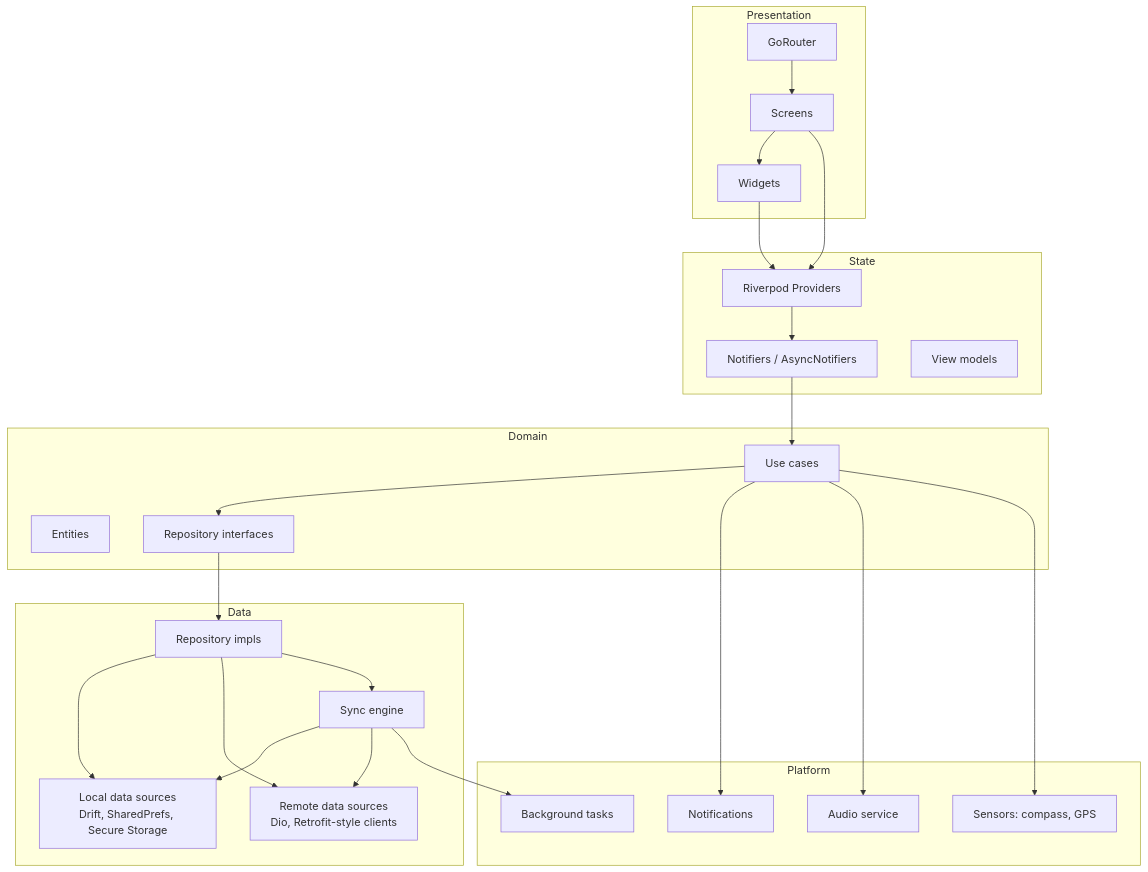
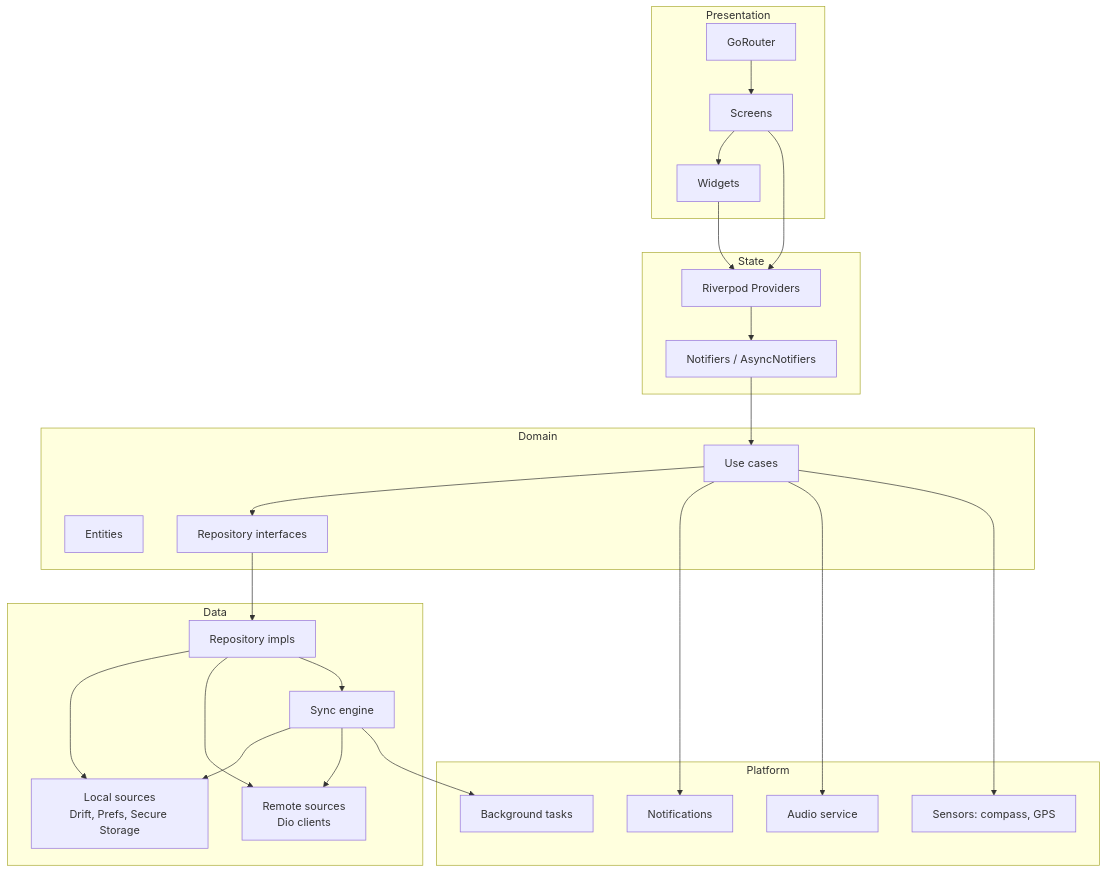
The third of 21 diagrams in docs/TECHNICAL_ARCHITECTURE.md (bakhtidaoud/quran-one), drawn with Mermaid before and after one commit. The commit also changed other lines of this file, not shown here.

Commit message:
docs: complete technical architecture (offline, auth, sync, notifications, CI/CD, scalability, security)

````diff
--- a/docs/TECHNICAL_ARCHITECTURE.md
+++ b/docs/TECHNICAL_ARCHITECTURE.md
@@ -130,49 +128,48 @@
 ```mermaid
 graph TD
   subgraph Presentation
     A1["Screens"] --> A2["Widgets"]
     A3["GoRouter"] --> A1
   end
 
   subgraph State
     B1["Riverpod Providers"]
     B2["Notifiers / AsyncNotifiers"]
-    B3["View models"]
   end
 
   subgraph Domain
     C1["Entities"]
     C2["Use cases"]
     C3["Repository interfaces"]
   end
 
   subgraph Data
     D1["Repository impls"]
-    D2["Local data sources<br/>Drift, SharedPrefs, Secure Storage"]
-    D3["Remote data sources<br/>Dio, Retrofit-style clients"]
+    D2["Local sources<br/>Drift, Prefs, Secure Storage"]
+    D3["Remote sources<br/>Dio clients"]
     D4["Sync engine"]
   end
 
   subgraph Platform
     E1["Notifications"]
     E2["Audio service"]
     E3["Sensors: compass, GPS"]
     E4["Background tasks"]
   end
 
   A1 --> B1
   A2 --> B1
   B1 --> B2
   B2 --> C2
   C2 --> C3
   C3 --> D1
   D1 --> D2
   D1 --> D3
   D1 --> D4
   D4 --> D2
   D4 --> D3
   C2 --> E1
   C2 --> E2
   C2 --> E3
   D4 --> E4
 ```
````
